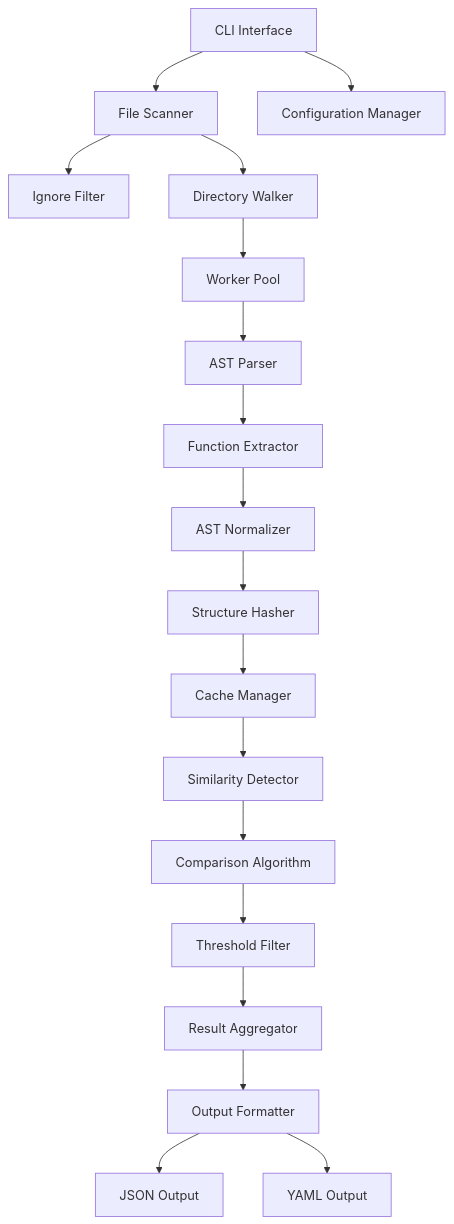
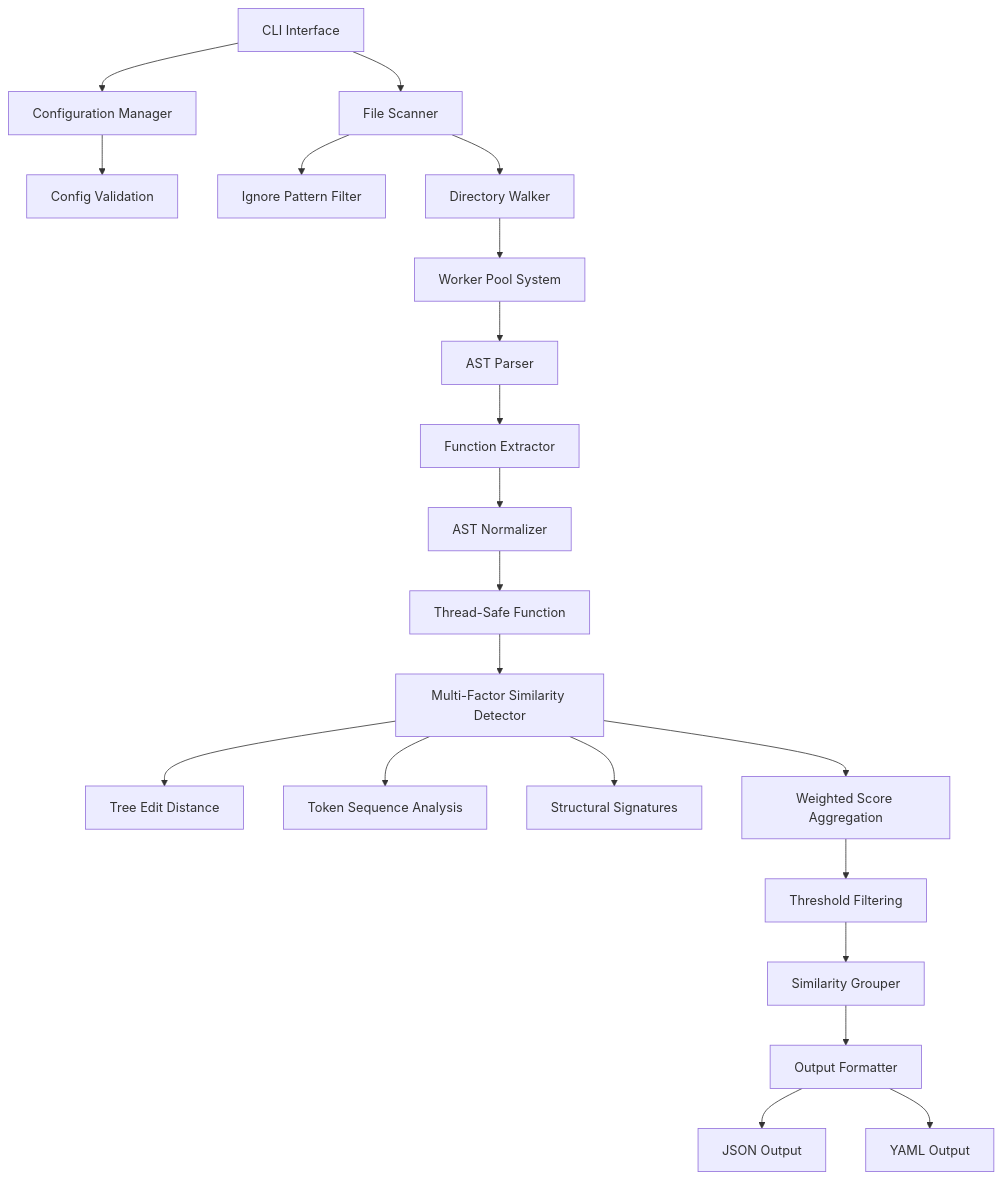
One commit to paveg/similarity-go changed the diagram in docs/ARCHITECTURE.md. Above: the diagram before and after it, drawn with Mermaid. The commit also changed other lines of this file and 8 other files, not shown here.

````diff
--- a/docs/ARCHITECTURE.md
+++ b/docs/ARCHITECTURE.md
@@ -9,26 +9,30 @@
 ```mermaid
 graph TB
-    CLI[CLI Interface] --> Scanner[File Scanner]
-    CLI --> Config[Configuration Manager]
+    CLI[CLI Interface] --> Config[Configuration Manager]
+    CLI --> Scanner[File Scanner]
 
-    Scanner --> IgnoreFilter[Ignore Filter]
-    Scanner --> FileWalker[Directory Walker]
+    Config --> Validation[Config Validation]
+    Scanner --> IgnoreFilter[Ignore Pattern Filter]
+    Scanner --> DirectoryWalker[Directory Walker]
 
-    FileWalker --> WorkerPool[Worker Pool]
+    DirectoryWalker --> WorkerPool[Worker Pool System]
     WorkerPool --> ASTParser[AST Parser]
 
     ASTParser --> FunctionExtractor[Function Extractor]
     FunctionExtractor --> Normalizer[AST Normalizer]
-    Normalizer --> Hasher[Structure Hasher]
+    Normalizer --> ThreadSafeFunction[Thread-Safe Function]
 
-    Hasher --> Cache[Cache Manager]
-    Cache --> SimilarityDetector[Similarity Detector]
+    ThreadSafeFunction --> SimilarityDetector[Multi-Factor Similarity Detector]
 
-    SimilarityDetector --> Algorithm[Comparison Algorithm]
-    Algorithm --> ThresholdFilter[Threshold Filter]
+    SimilarityDetector --> TreeEditDistance[Tree Edit Distance]
+    SimilarityDetector --> TokenAnalysis[Token Sequence Analysis]
+    SimilarityDetector --> StructuralSigs[Structural Signatures]
+    SimilarityDetector --> WeightedScoring[Weighted Score Aggregation]
 
-    ThresholdFilter --> ResultAggregator[Result Aggregator]
-    ResultAggregator --> OutputFormatter[Output Formatter]
+    WeightedScoring --> ThresholdFilter[Threshold Filtering]
+    ThresholdFilter --> ResultGrouper[Similarity Grouper]
+    ResultGrouper --> OutputFormatter[Output Formatter]
+
     OutputFormatter --> JSONOutput[JSON Output]
     OutputFormatter --> YAMLOutput[YAML Output]
 ```
````
